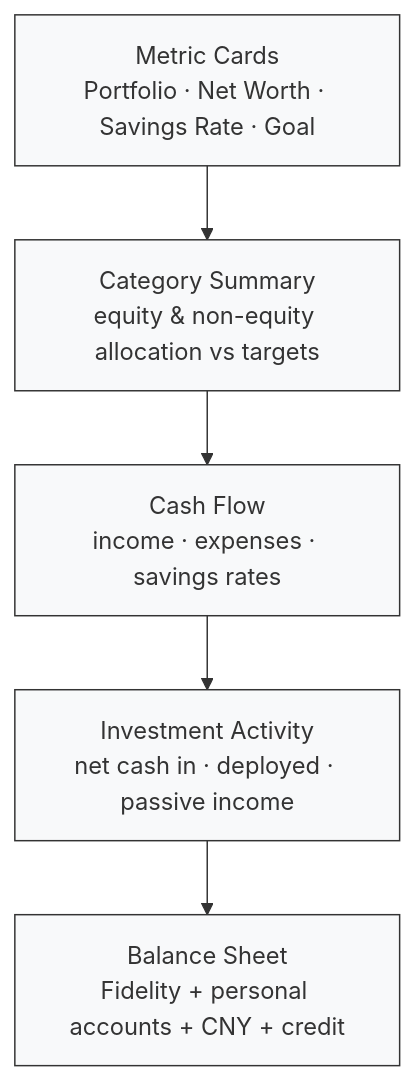
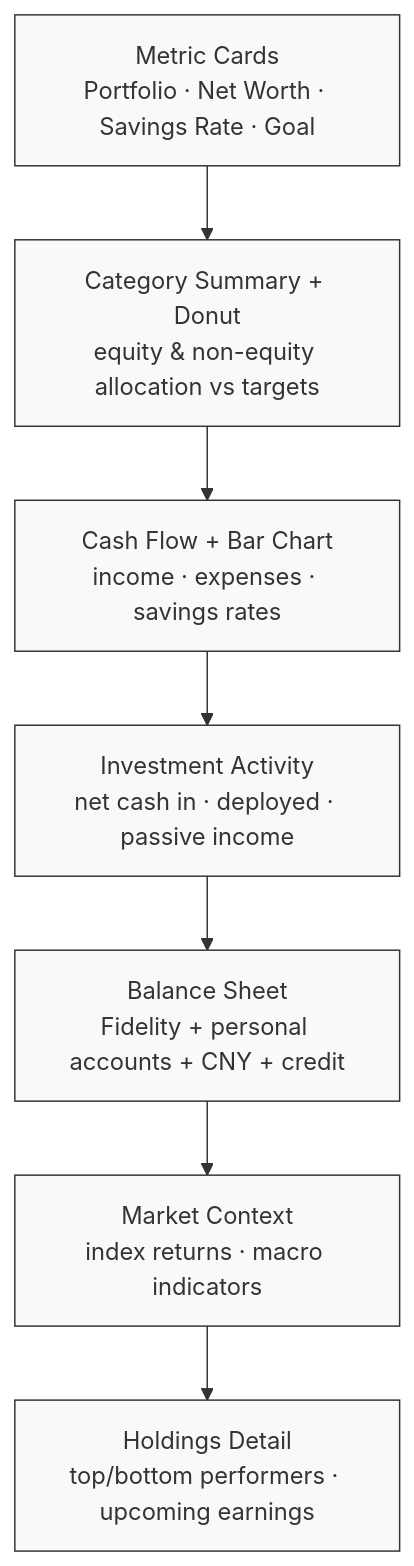
One commit to Guoyuer/portal changed the fourth of 4 diagrams in README.md. Above: the diagram before and after it, drawn with Mermaid. The commit also changed other lines of this file, not shown here.

````diff
--- a/README.md
+++ b/README.md
@@ -142,13 +141,17 @@
 ```mermaid
 graph TD
-    A["Metric Cards<br/>Portfolio · Net Worth · Savings Rate · Goal"] --> B["Category Summary<br/>equity & non-equity allocation vs targets"]
-    B --> C["Cash Flow<br/>income · expenses · savings rates"]
+    A["Metric Cards<br/>Portfolio · Net Worth · Savings Rate · Goal"] --> B["Category Summary + Donut<br/>equity & non-equity allocation vs targets"]
+    B --> C["Cash Flow + Bar Chart<br/>income · expenses · savings rates"]
     C --> D["Investment Activity<br/>net cash in · deployed · passive income"]
     D --> E["Balance Sheet<br/>Fidelity + personal accounts + CNY + credit"]
+    E --> F["Market Context<br/>index returns · macro indicators"]
+    F --> G["Holdings Detail<br/>top/bottom performers · upcoming earnings"]
 
     style A fill:#f8f9fa,stroke:#333
     style B fill:#f8f9fa,stroke:#333
     style C fill:#f8f9fa,stroke:#333
     style D fill:#f8f9fa,stroke:#333
     style E fill:#f8f9fa,stroke:#333
+    style F fill:#f8f9fa,stroke:#333
+    style G fill:#f8f9fa,stroke:#333
 ```
````
